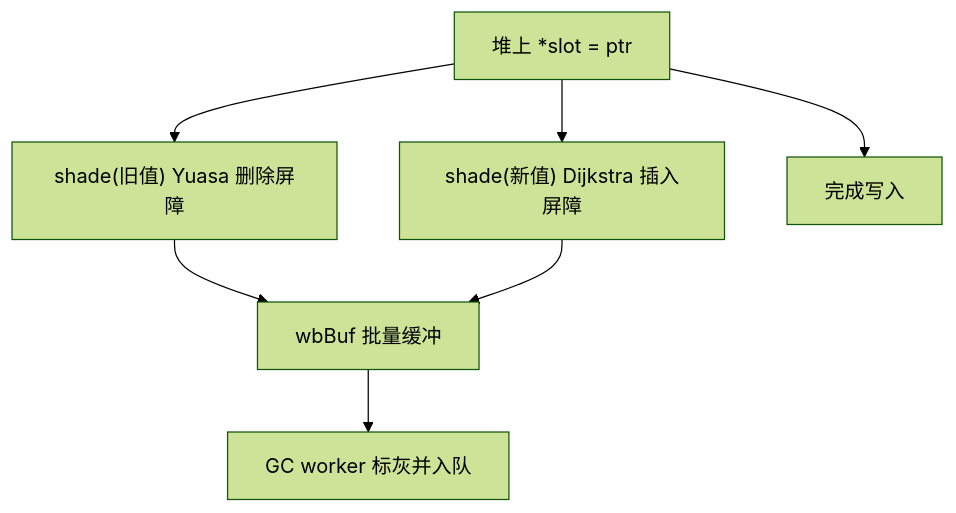
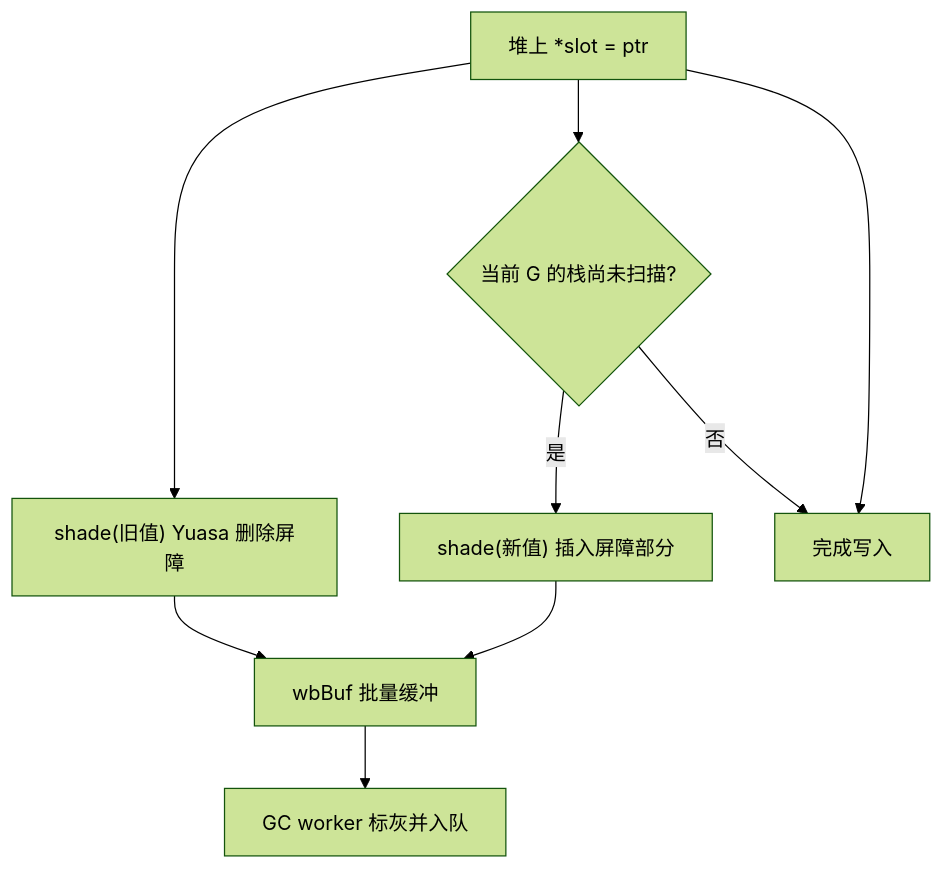
Before and after one commit to twodog-tt/Golang-development-manual: the fifth of 7 diagrams in docs/interview/02-memory-gc/S-MEM-01-tri-color-gc.md, drawn with Mermaid (forest theme). The commit also changed other lines of this file and 438 other files, not shown here.

````diff
--- a/docs/interview/02-memory-gc/S-MEM-01-tri-color-gc.md
+++ b/docs/interview/02-memory-gc/S-MEM-01-tri-color-gc.md
@@ -167,10 +174,12 @@
 ```mermaid
 flowchart TD
   Store["堆上 *slot = ptr"]
   Store --> Yuasa["shade(旧值) Yuasa 删除屏障"]
-  Store --> Dijkstra["shade(新值) Dijkstra 插入屏障"]
+  Store --> StackState{"当前 G 的栈尚未扫描?"}
+  StackState -->|是| Dijkstra["shade(新值) 插入屏障部分"]
+  StackState -->|否| Done
   Yuasa --> WB[wbBuf 批量缓冲]
   Dijkstra --> WB
   WB --> Worker[GC worker 标灰并入队]
   Store --> Done[完成写入]
 ```
````
